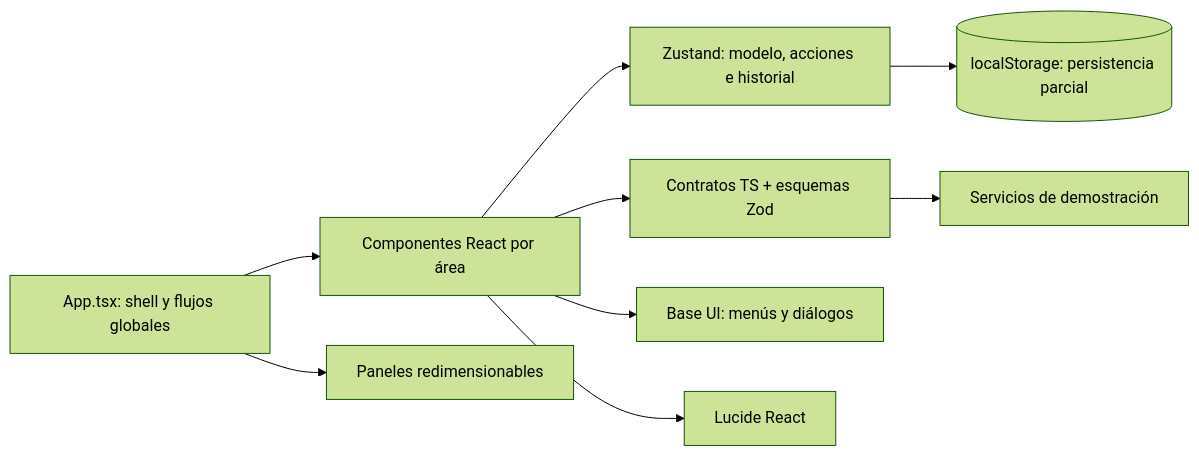
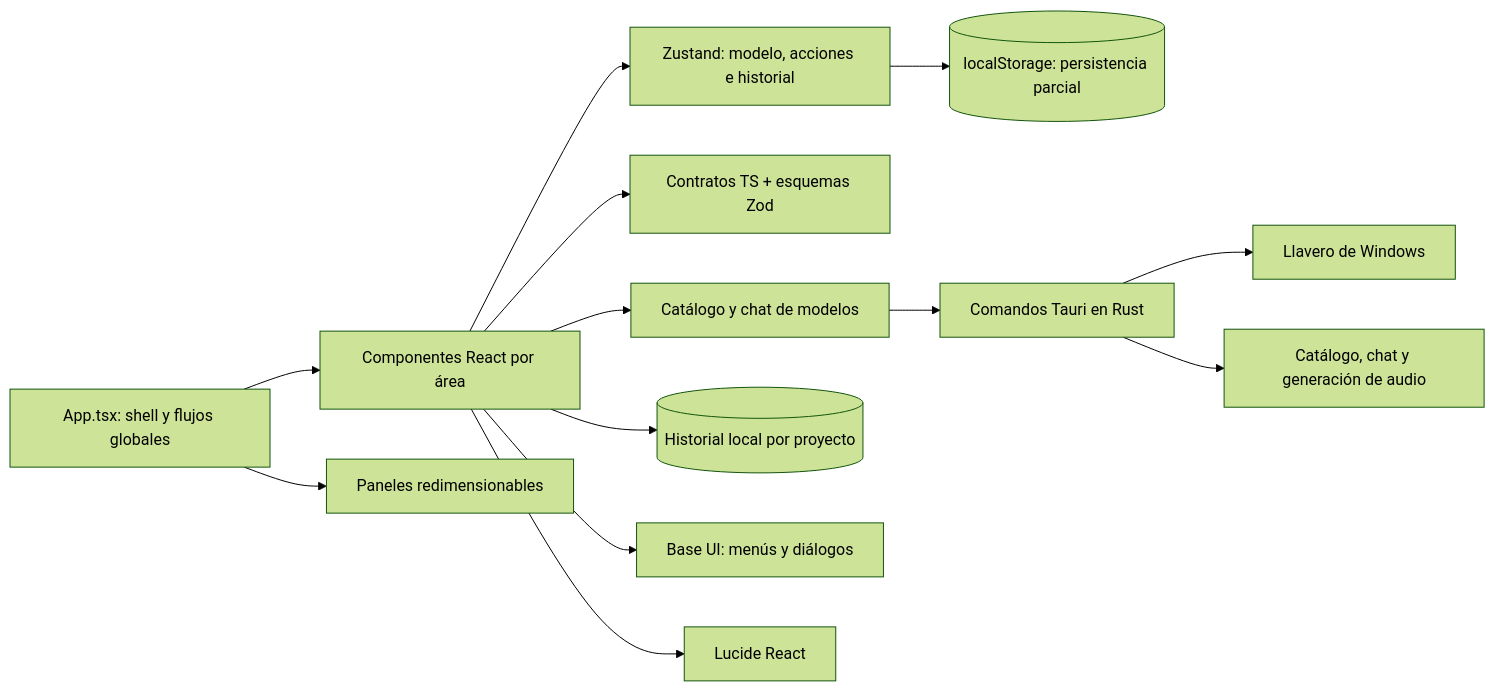
Before and after one commit to Naiker12/Sparta-Video: the first of 2 diagrams in docs/INTERFAZ_Y_ARQUITECTURA.md, drawn with Mermaid (forest theme). The commit also changed other lines of this file and 100 other files, not shown here.

````diff
--- a/docs/INTERFAZ_Y_ARQUITECTURA.md
+++ b/docs/INTERFAZ_Y_ARQUITECTURA.md
@@ -54,11 +54,15 @@
 ```mermaid
 flowchart LR
   App[App.tsx: shell y flujos globales] --> Panels[Componentes React por área]
   Panels --> Store[Zustand: modelo, acciones e historial]
   Store --> Browser[(localStorage: persistencia parcial)]
   Panels --> Contracts[Contratos TS + esquemas Zod]
-  Contracts --> Mocks[Servicios de demostración]
+  Panels --> ProviderCatalog[Catálogo y chat de modelos]
+  ProviderCatalog --> TauriCommands[Comandos Tauri en Rust]
+  TauriCommands --> CredentialVault[Llavero de Windows]
+  TauriCommands --> ProviderHTTP[Catálogo, chat y generación de audio]
+  Panels --> ChatMemory[(Historial local por proyecto)]
   Panels --> BaseUI[Base UI: menús y diálogos]
   Panels --> Icons[Lucide React]
   App --> Layout[Paneles redimensionables]
 ```
````
